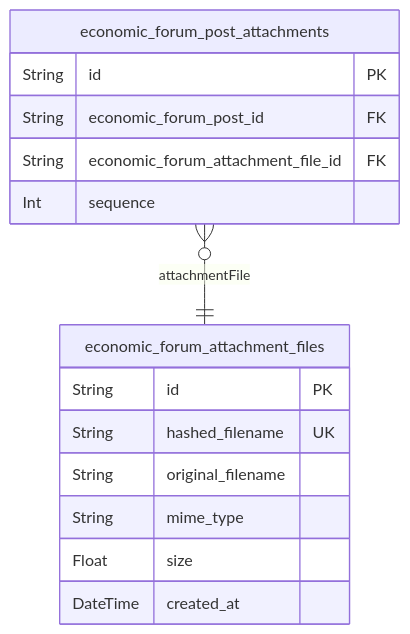
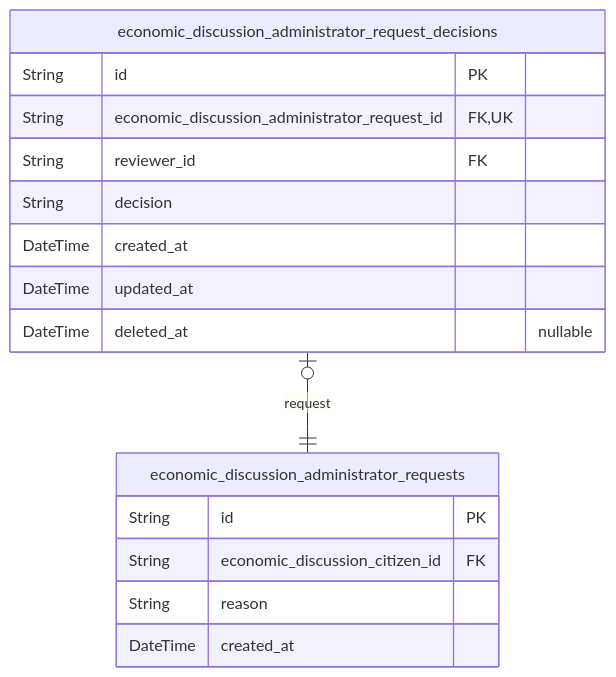
One commit to wrtnlabs/autobe-examples changed the sixth of 7 diagrams in qwen/qwen3-next-80b-a3b-instruct/bbs/docs/ERD.md. Above: the diagram before and after it, drawn with Mermaid. The commit also changed other lines of this file and 9391 other files, not shown here.

````diff
--- a/qwen/qwen3-next-80b-a3b-instruct/bbs/docs/ERD.md
+++ b/qwen/qwen3-next-80b-a3b-instruct/bbs/docs/ERD.md
@@ -865,18 +1096,19 @@
 ```mermaid
 erDiagram
-"economic_forum_attachment_files" {
+"economic_discussion_administrator_requests" {
   String id PK
-  String hashed_filename UK
-  String original_filename
-  String mime_type
-  Float size
+  String economic_discussion_citizen_id FK
+  String reason
   DateTime created_at
 }
-"economic_forum_post_attachments" {
+"economic_discussion_administrator_request_decisions" {
   String id PK
-  String economic_forum_post_id FK
-  String economic_forum_attachment_file_id FK
-  Int sequence
+  String economic_discussion_administrator_request_id FK,UK
+  String reviewer_id FK
+  String decision
+  DateTime created_at
+  DateTime updated_at
+  DateTime deleted_at "nullable"
 }
-"economic_forum_post_attachments" }o--|| "economic_forum_attachment_files" : attachmentFile
+"economic_discussion_administrator_request_decisions" |o--|| "economic_discussion_administrator_requests" : request
 ```
````
